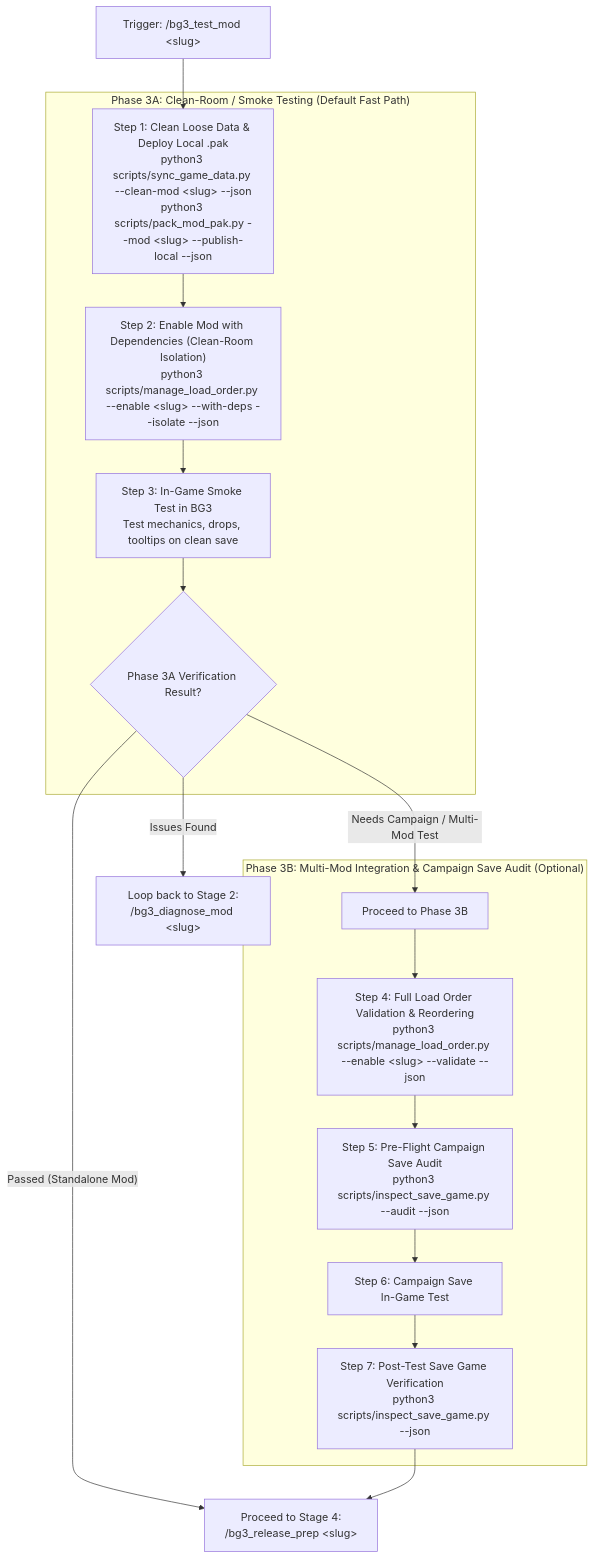
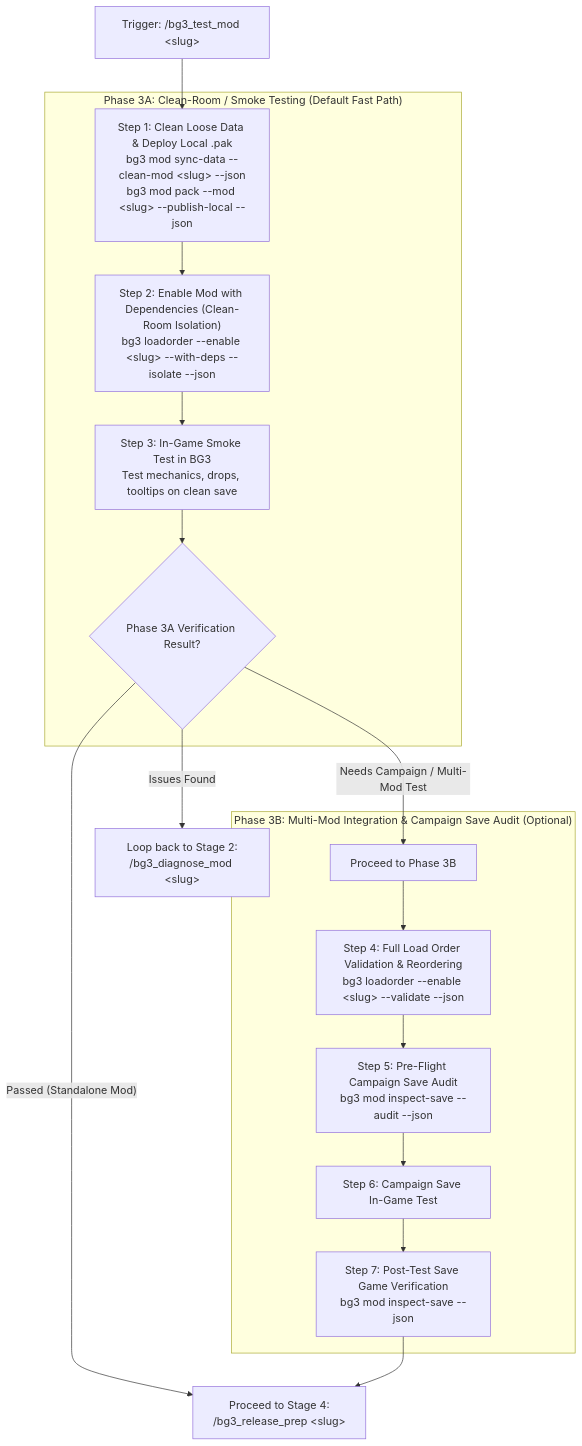
Before and after one commit to jpelton-stroud/bg3-mod-studio: the diagram in .agents/skills/bg3_test_mod/SKILL.md, drawn with Mermaid. The commit also changed other lines of this file and 101 other files, not shown here.

````diff
--- a/.agents/skills/bg3_test_mod/SKILL.md
+++ b/.agents/skills/bg3_test_mod/SKILL.md
@@ -27,34 +27,34 @@
 ```mermaid
 flowchart TD
     Trigger["Trigger: /bg3_test_mod &lt;slug&gt;"] --> Pack["Step 1: Clean Loose Data & Deploy Local .pak
-python3 scripts/sync_game_data.py --clean-mod &lt;slug&gt; --json
-python3 scripts/pack_mod_pak.py --mod &lt;slug&gt; --publish-local --json"]
+bg3 mod sync-data --clean-mod &lt;slug&gt; --json
+bg3 mod pack --mod &lt;slug&gt; --publish-local --json"]
     
     subgraph P3A["Phase 3A: Clean-Room / Smoke Testing (Default Fast Path)"]
         Pack --> DepEnable["Step 2: Enable Mod with Dependencies (Clean-Room Isolation)
-python3 scripts/manage_load_order.py --enable &lt;slug&gt; --with-deps --isolate --json"]
+bg3 loadorder --enable &lt;slug&gt; --with-deps --isolate --json"]
         DepEnable --> InGameSmoke["Step 3: In-Game Smoke Test in BG3
 Test mechanics, drops, tooltips on clean save"]
         InGameSmoke --> Gate3A{"Phase 3A Verification Result?"}
     end
 
     Gate3A -- "Issues Found" --> Loopback["Loop back to Stage 2:
 /bg3_diagnose_mod &lt;slug&gt;"]
     
     Gate3A -- "Passed (Standalone Mod)" --> ReleaseGate["Proceed to Stage 4:
 /bg3_release_prep &lt;slug&gt;"]
     
     Gate3A -- "Needs Campaign / Multi-Mod Test" --> P3BStart["Proceed to Phase 3B"]
 
     subgraph P3B["Phase 3B: Multi-Mod Integration & Campaign Save Audit (Optional)"]
         P3BStart --> FullLO["Step 4: Full Load Order Validation & Reordering
-python3 scripts/manage_load_order.py --enable &lt;slug&gt; --validate --json"]
+bg3 loadorder --enable &lt;slug&gt; --validate --json"]
         FullLO --> SaveAudit["Step 5: Pre-Flight Campaign Save Audit
-python3 scripts/inspect_save_game.py --audit --json"]
+bg3 mod inspect-save --audit --json"]
         SaveAudit --> InGameCampaign["Step 6: Campaign Save In-Game Test"]
         InGameCampaign --> PostSave["Step 7: Post-Test Save Game Verification
-python3 scripts/inspect_save_game.py --json"]
+bg3 mod inspect-save --json"]
     end
 
     PostSave --> ReleaseGate
 ```
````
